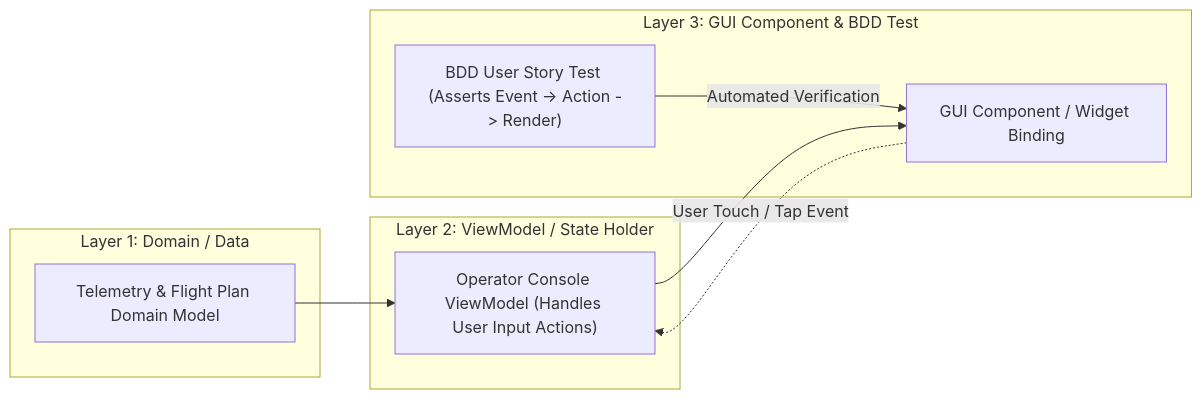
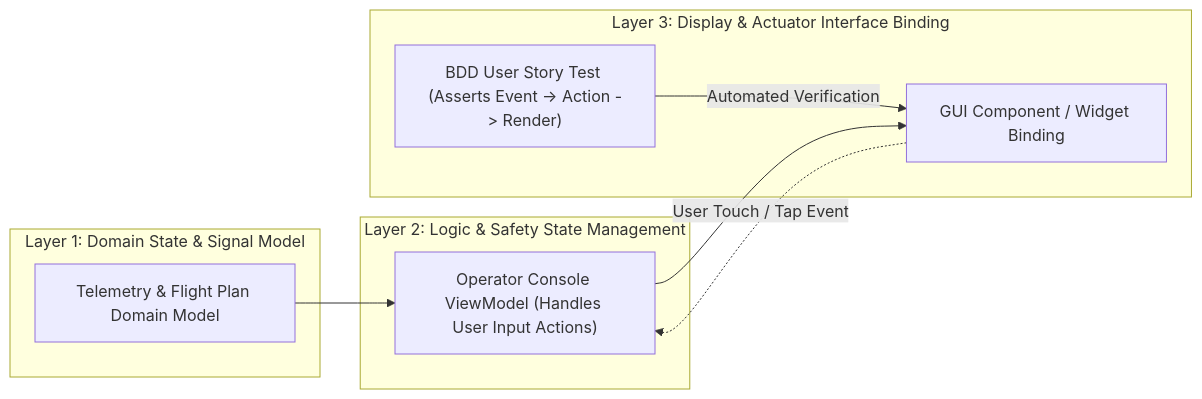
One commit to gintatkinson/DEAP-spec-core changed the fifth of 6 diagrams in docs/architecture/blueprints/SAFETY_CRITICAL_REALTIME_UI_FRAMEWORK.md. Above: the diagram before and after it, drawn with Mermaid. The commit also changed other lines of this file and 5 other files, not shown here.

````diff
--- a/docs/architecture/blueprints/SAFETY_CRITICAL_REALTIME_UI_FRAMEWORK.md
+++ b/docs/architecture/blueprints/SAFETY_CRITICAL_REALTIME_UI_FRAMEWORK.md
@@ -148,20 +148,20 @@
 ```mermaid
 flowchart LR
-    subgraph L1 ["Layer 1: Domain / Data"]
+    subgraph L1 ["Layer 1: Domain State & Signal Model"]
         DomainModel["Telemetry & Flight Plan Domain Model"]
     end
 
-    subgraph L2 ["Layer 2: ViewModel / State Holder"]
+    subgraph L2 ["Layer 2: Logic & Safety State Management"]
         ViewModel["Operator Console ViewModel (Handles User Input Actions)"]
     end
 
-    subgraph L3 ["Layer 3: GUI Component & BDD Test"]
+    subgraph L3 ["Layer 3: Display & Actuator Interface Binding"]
         GUIWidget["GUI Component / Widget Binding"]
         BDDTest["BDD User Story Test (Asserts Event -> Action -> Render)"]
     end
 
     DomainModel --> ViewModel
     ViewModel --> GUIWidget
     GUIWidget -. "User Touch / Tap Event" .-> ViewModel
     BDDTest -- "Automated Verification" --> GUIWidget
 ```
````
